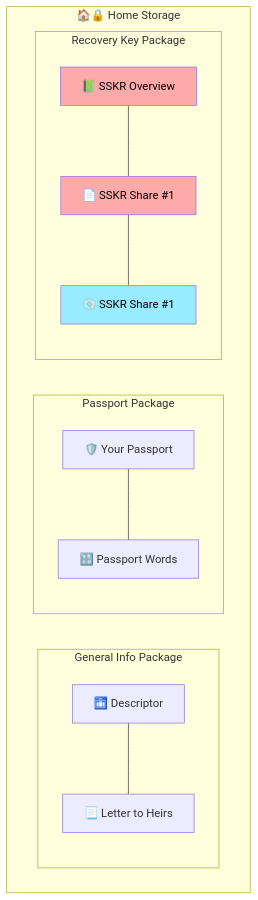
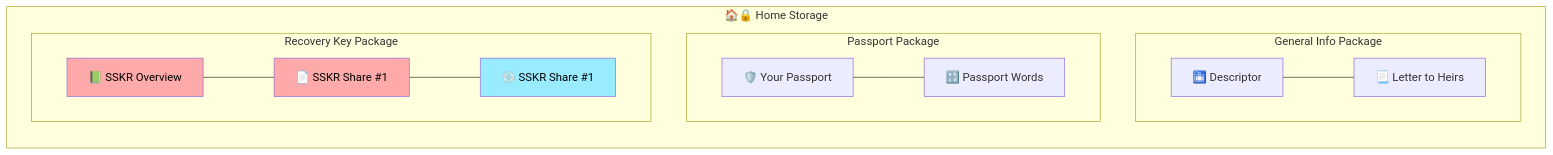
The fourth of 55 diagrams in Docs/Scenario-Multisig.md (BlockchainCommons/SmartCustody), drawn with Mermaid before and after one commit. The commit also changed other lines of this file, not shown here.

````diff
--- a/Docs/Scenario-Multisig.md
+++ b/Docs/Scenario-Multisig.md
@@ -176,29 +176,29 @@
 ```mermaid
-    graph TD
+    graph BT
     subgraph homestorage["🏠🔒 Home Storage"]
 
       subgraph "General Info Package"
       B6["🛅 Descriptor"]
       B7["📃 Letter to Heirs"]
       B6---B7
       end
 
       subgraph "Passport Package"
       B4["🛡️ Your Passport"]
       B5["🔡 Passport Words"]
       B4---B5
       end
 
       subgraph "Recovery Key Package"
       B1["📗 SSKR Overview"]
       B2["📄 SSKR Share #1"]
       B3["💿 SSKR Share #1"]
       B1---B2---B3
       end
 
       style B1 color:#000,fill:#ffaaaa;
       style B2 color:#000,fill:#ffaaaa;
       style B3 color:#000,fill:#99ebff;
 
     end
 ```
````
